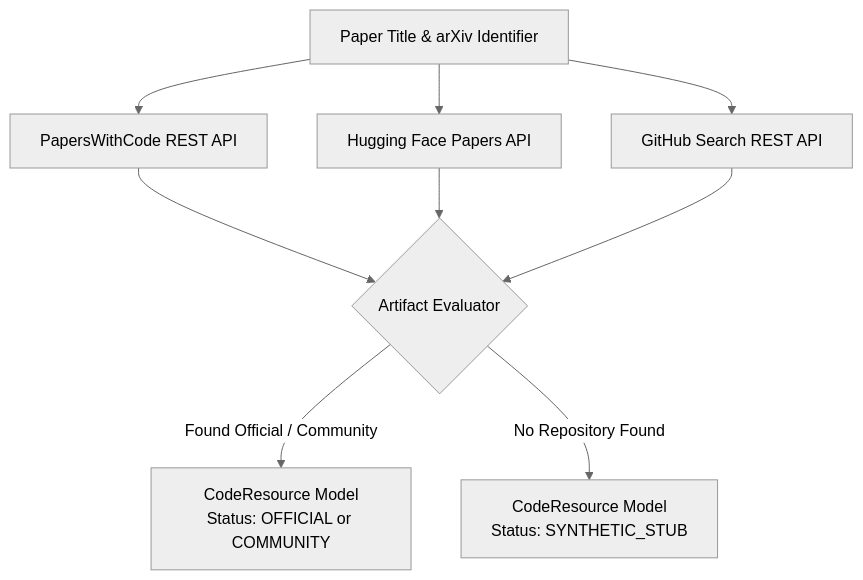
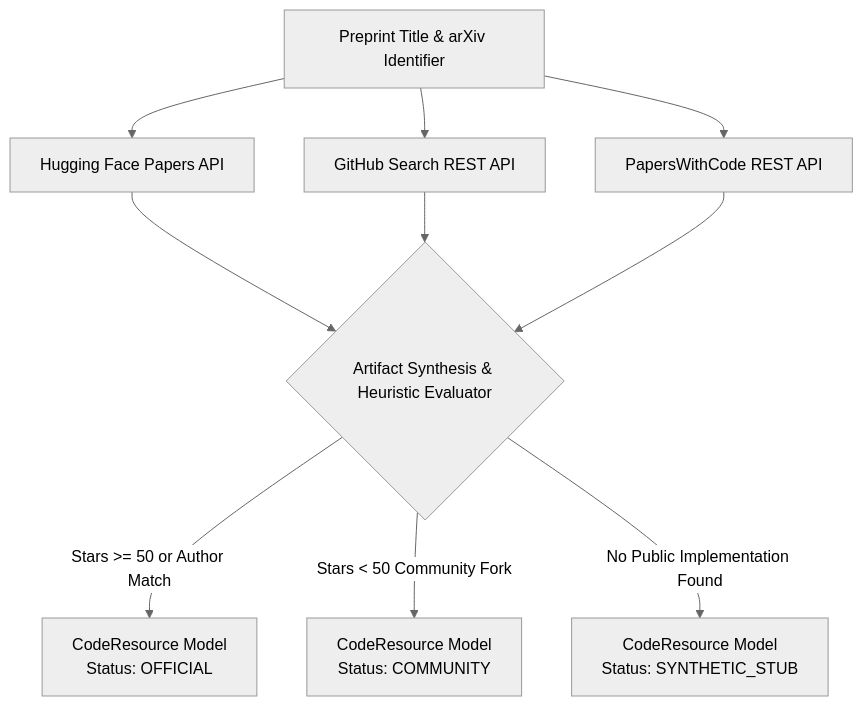
One commit to riri-05/zero-gaze changed the diagram in docs/02-artifact-discovery-lego/README.md. Above: the diagram before and after it, drawn with Mermaid (neutral theme). The commit also changed other lines of this file and 9 other files, not shown here.

Commit message:
docs: complete architectural makeover, remove roadmaps, and add .env.example

````diff
--- a/docs/02-artifact-discovery-lego/README.md
+++ b/docs/02-artifact-discovery-lego/README.md
@@ -11,11 +12,12 @@
 ```mermaid
 flowchart TD
-    A[Paper Title & arXiv Identifier] --> B[PapersWithCode REST API]
-    A --> C[Hugging Face Papers API]
-    A --> D[GitHub Search REST API]
-    B --> E{Artifact Evaluator}
+    A[Preprint Title & arXiv Identifier] --> B[Hugging Face Papers API]
+    A --> C[GitHub Search REST API]
+    A --> D[PapersWithCode REST API]
+    B --> E{Artifact Synthesis & Heuristic Evaluator}
     C --> E
     D --> E
-    E -->|Found Official / Community| F[CodeResource Model<br/>Status: OFFICIAL or COMMUNITY]
-    E -->|No Repository Found| G[CodeResource Model<br/>Status: SYNTHETIC_STUB]
+    E -->|Stars >= 50 or Author Match| F[CodeResource Model<br/>Status: OFFICIAL]
+    E -->|Stars < 50 Community Fork| G[CodeResource Model<br/>Status: COMMUNITY]
+    E -->|No Public Implementation Found| H[CodeResource Model<br/>Status: SYNTHETIC_STUB]
 ```
````
